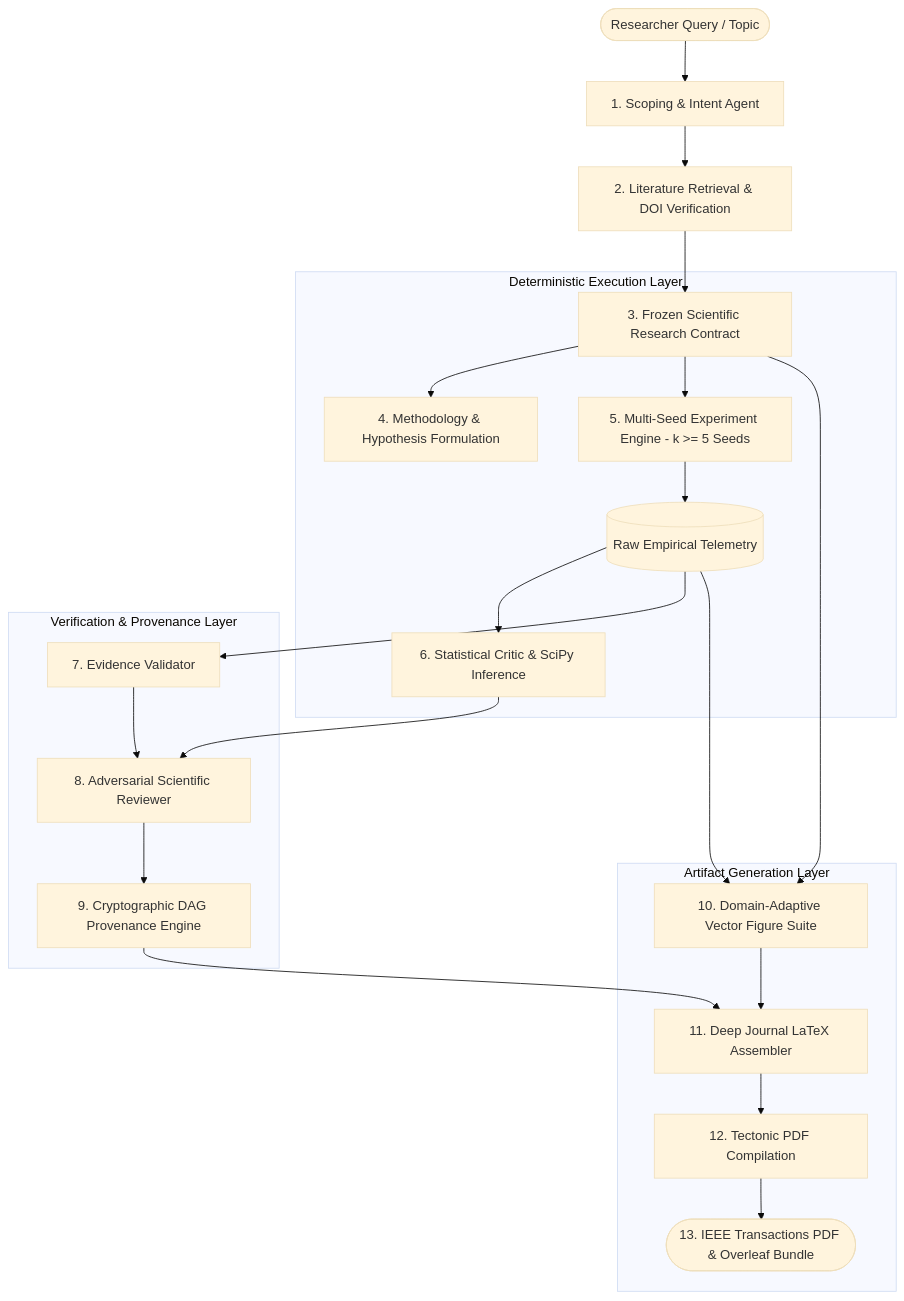
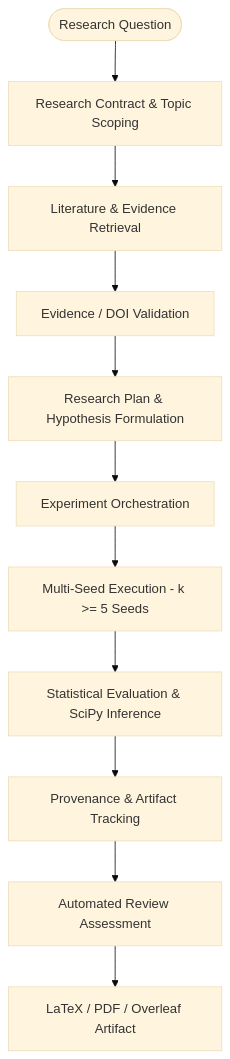
One commit to chsushen/novascientist changed the diagram in README.md. Above: the diagram before and after it, drawn with Mermaid (base theme). The commit also changed other lines of this file, not shown here.

````diff
--- a/README.md
+++ b/README.md
@@ -47,29 +47,13 @@
 ```mermaid
 flowchart TD
-    RQ([Researcher Query / Topic]) --> Scoping[1. Scoping & Intent Agent]
-    Scoping --> Lit[2. Literature Retrieval & DOI Verification]
-    Lit --> Contract[3. Frozen Scientific Research Contract]
-    
-    subgraph Execution & Validation [Deterministic Execution Layer]
-        Contract --> Method[4. Methodology & Hypothesis Formulation]
-        Contract --> ExpEngine[5. Multi-Seed Experiment Engine - k >= 5 Seeds]
-        ExpEngine --> Telemetry[(Raw Empirical Telemetry)]
-        Telemetry --> StatCrit[6. Statistical Critic & SciPy Inference]
-    end
-
-    subgraph Peer Review & Lineage [Verification & Provenance Layer]
-        Telemetry --> EvVal[7. Evidence Validator]
-        StatCrit --> SciRev[8. Adversarial Scientific Reviewer]
-        EvVal --> SciRev
-        SciRev --> Provenance[9. Cryptographic DAG Provenance Engine]
-    end
-
-    subgraph Publication Assembly [Artifact Generation Layer]
-        Contract --> FigPlan[10. Domain-Adaptive Vector Figure Suite]
-        Telemetry --> FigPlan
-        Provenance --> Assembler[11. Deep Journal LaTeX Assembler]
-        FigPlan --> Assembler
-        Assembler --> Tectonic[12. Tectonic PDF Compilation]
-        Tectonic --> Bundle([13. IEEE Transactions PDF & Overleaf Bundle])
-    end
+    RQ([Research Question]) --> Contract[Research Contract & Topic Scoping]
+    Contract --> Lit[Literature & Evidence Retrieval]
+    Lit --> DOI[Evidence / DOI Validation]
+    DOI --> Plan[Research Plan & Hypothesis Formulation]
+    Plan --> ExpOrch[Experiment Orchestration]
+    ExpOrch --> MultiSeed[Multi-Seed Execution - k >= 5 Seeds]
+    MultiSeed --> StatEval[Statistical Evaluation & SciPy Inference]
+    StatEval --> Prov[Provenance & Artifact Tracking]
+    Prov --> AutoRev[Automated Review Assessment]
+    AutoRev --> Pub[LaTeX / PDF / Overleaf Artifact]
 ```
````
